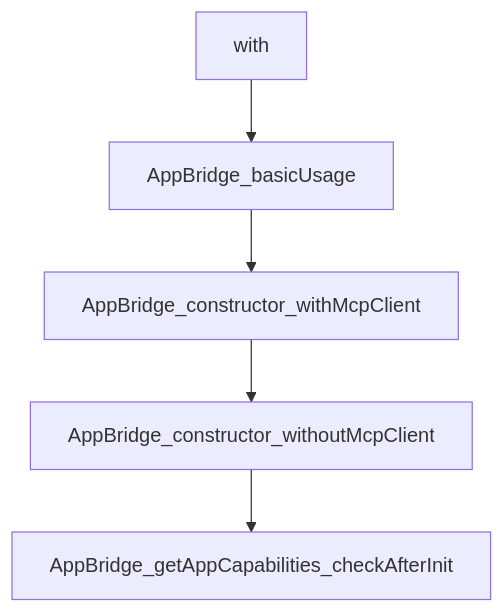
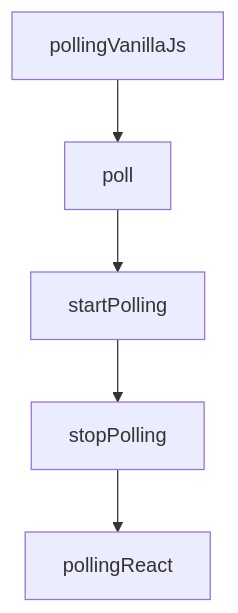
One commit to johnxie/awesome-code-docs changed the diagram in tutorials/mcp-ext-apps-tutorial/01-getting-started-and-spec-orientation.md. Above: the diagram before and after it, drawn with Mermaid. The commit also changed other lines of this file and 1232 other files, not shown here.

````diff
--- a/tutorials/mcp-ext-apps-tutorial/01-getting-started-and-spec-orientation.md
+++ b/tutorials/mcp-ext-apps-tutorial/01-getting-started-and-spec-orientation.md
@@ -214,12 +212,12 @@
 ```mermaid
 flowchart TD
-    A[with]
-    B[AppBridge_basicUsage]
-    C[AppBridge_constructor_withMcpClient]
-    D[AppBridge_constructor_withoutMcpClient]
-    E[AppBridge_getAppCapabilities_checkAfterInit]
+    A[pollingVanillaJs]
+    B[poll]
+    C[startPolling]
+    D[stopPolling]
+    E[pollingReact]
     A --> B
     B --> C
     C --> D
     D --> E
 ```
````
